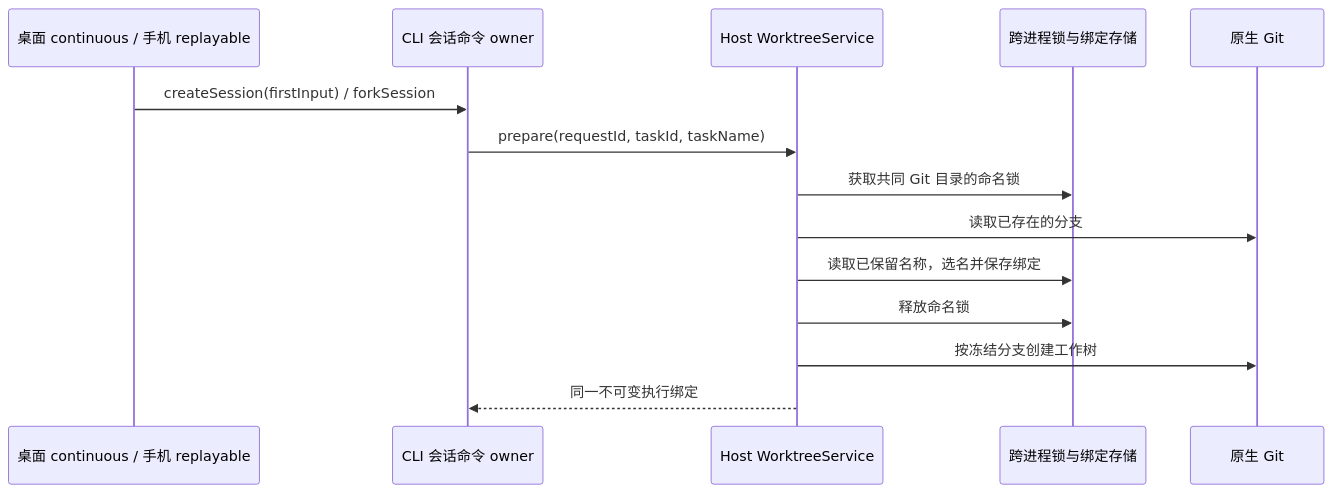
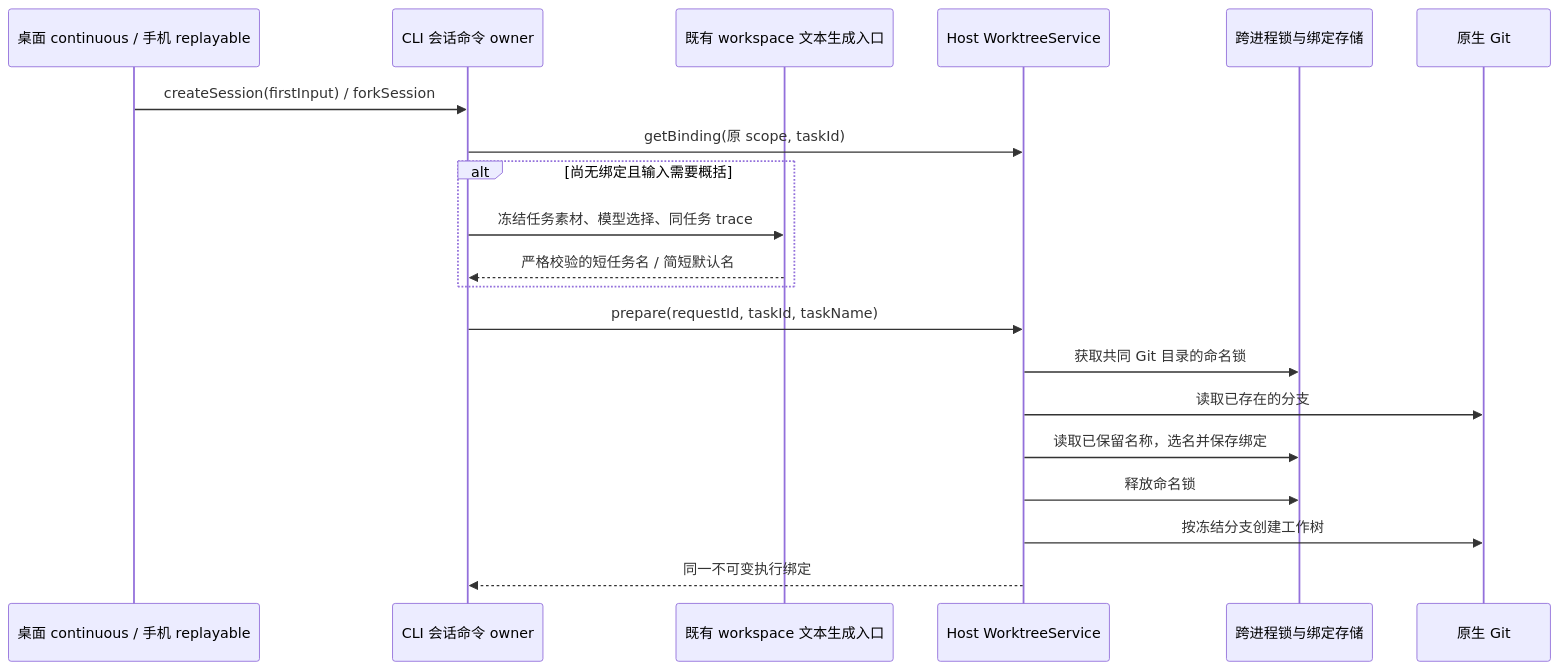
One commit to lemon-casino/LemonCode changed the diagram in specs/worktree-branch-naming.md. Above: the diagram before and after it, drawn with Mermaid. The commit also changed other lines of this file and 12 other files, not shown here.

````diff
--- a/specs/worktree-branch-naming.md
+++ b/specs/worktree-branch-naming.md
@@ -15,16 +23,22 @@
 ```mermaid
 sequenceDiagram
   participant Client as 桌面 continuous / 手机 replayable
   participant CLI as CLI 会话命令 owner
+  participant Model as 既有 workspace 文本生成入口
   participant WT as Host WorktreeService
   participant Store as 跨进程锁与绑定存储
   participant Git as 原生 Git
   Client->>CLI: createSession(firstInput) / forkSession
+  CLI->>WT: getBinding(原 scope, taskId)
+  alt 尚无绑定且输入需要概括
+    CLI->>Model: 冻结任务素材、模型选择、同任务 trace
+    Model-->>CLI: 严格校验的短任务名 / 简短默认名
+  end
   CLI->>WT: prepare(requestId, taskId, taskName)
   WT->>Store: 获取共同 Git 目录的命名锁
   WT->>Git: 读取已存在的分支
   WT->>Store: 读取已保留名称，选名并保存绑定
   WT->>Store: 释放命名锁
   WT->>Git: 按冻结分支创建工作树
   WT-->>CLI: 同一不可变执行绑定
 ```
````
